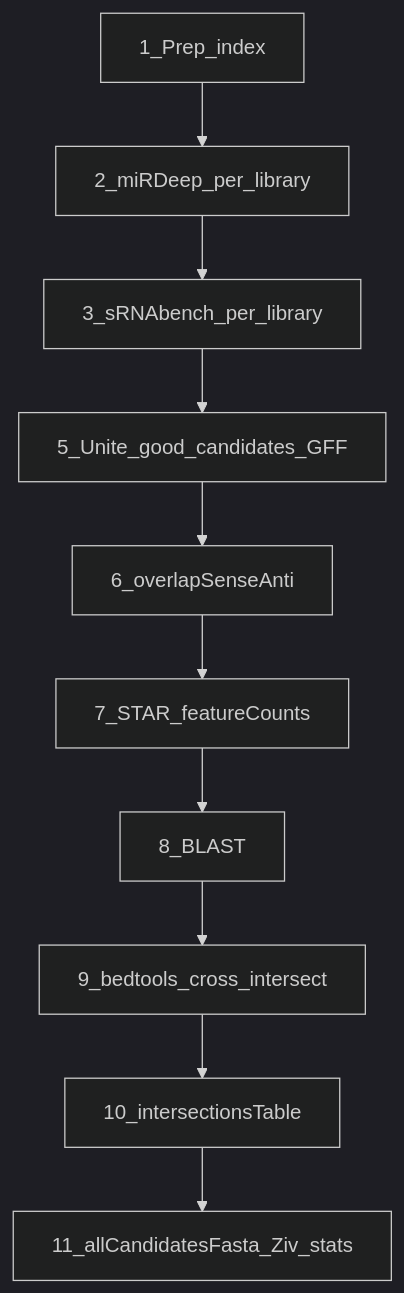
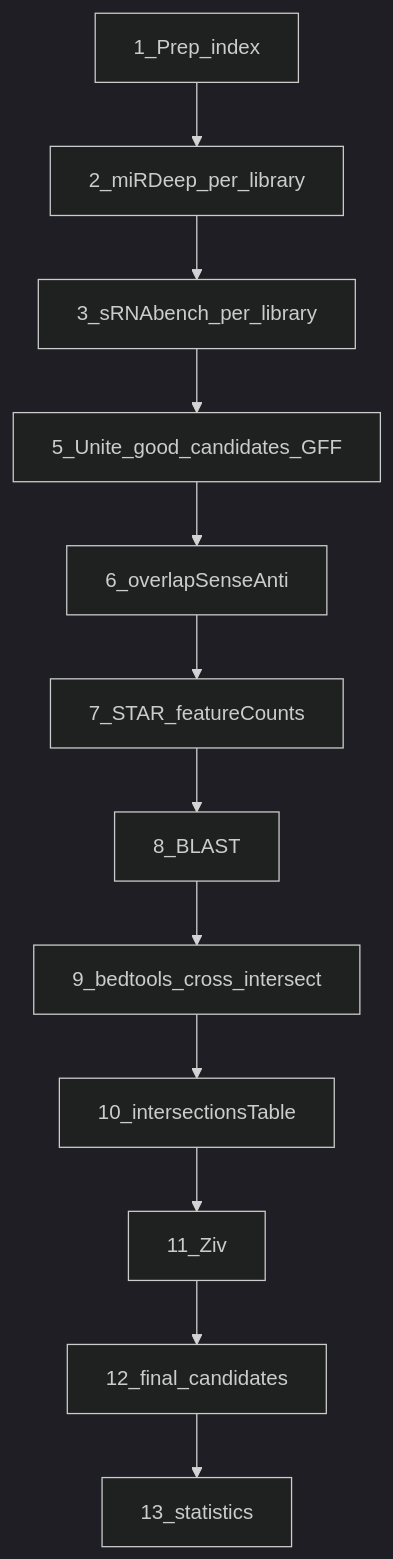
The diagram in docs/pipeline_v3.md (TmrSegev/novel-miRNAs), drawn with Mermaid (dark theme) before and after one commit. The commit also changed other lines of this file and 6 other files, not shown here.

````diff
--- a/docs/pipeline_v3.md
+++ b/docs/pipeline_v3.md
@@ -64,12 +64,14 @@
 ```mermaid
 flowchart TD
   p1[1_Prep_index] --> p2[2_miRDeep_per_library]
   p2 --> p3[3_sRNAbench_per_library]
   p3 --> p5[5_Unite_good_candidates_GFF]
   p5 --> p6[6_overlapSenseAnti]
   p6 --> p7[7_STAR_featureCounts]
   p7 --> p8[8_BLAST]
   p8 --> p9[9_bedtools_cross_intersect]
   p9 --> p10[10_intersectionsTable]
-  p10 --> p11[11_allCandidatesFasta_Ziv_stats]
+  p10 --> p11[11_Ziv]
+  p11 --> p12[12_final_candidates]
+  p12 --> p13[13_statistics]
 ```
````
